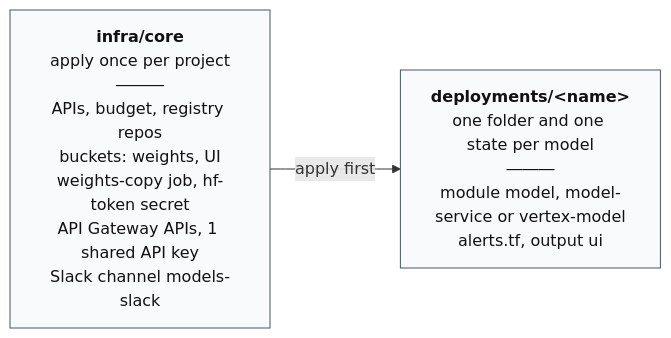
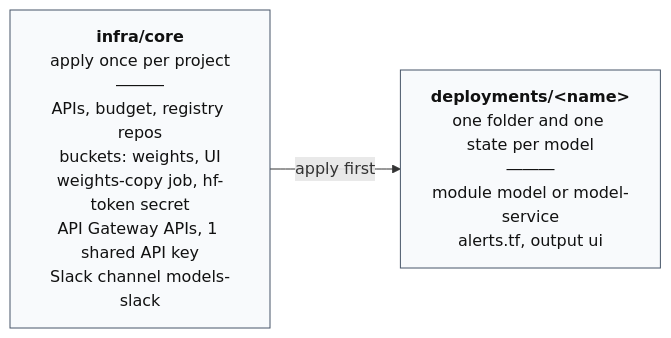
One commit to koval-yurko/custom-models-inference changed the first of 2 diagrams in docs/README.md. Above: the diagram before and after it, drawn with Mermaid. The commit also changed other lines of this file and 38 other files, not shown here.

First line of the commit message:
feat(llm-b): run on Runpod next to Vertex AI; merge vertex-model into platform-vertex

````diff
--- a/docs/README.md
+++ b/docs/README.md
@@ -25,9 +25,9 @@
 ```mermaid
 flowchart LR
     core["<b>infra/core</b><br/>apply once per project<br/>―――<br/>APIs, budget, registry repos<br/>buckets: weights, UI<br/>weights-copy job, hf-token secret<br/>API Gateway APIs, 1 shared API key<br/>Slack channel models-slack"]
-    dep["<b>deployments/#lt;name#gt;</b><br/>one folder and one state per model<br/>―――<br/>module model, model-service or vertex-model<br/>alerts.tf, output ui"]
+    dep["<b>deployments/#lt;name#gt;</b><br/>one folder and one state per model<br/>―――<br/>module model or model-service<br/>alerts.tf, output ui"]
     core -->|"apply first"| dep
 
     classDef layer fill:#f8fafc,stroke:#475569,color:#111
     class core,dep layer
 ```
````
